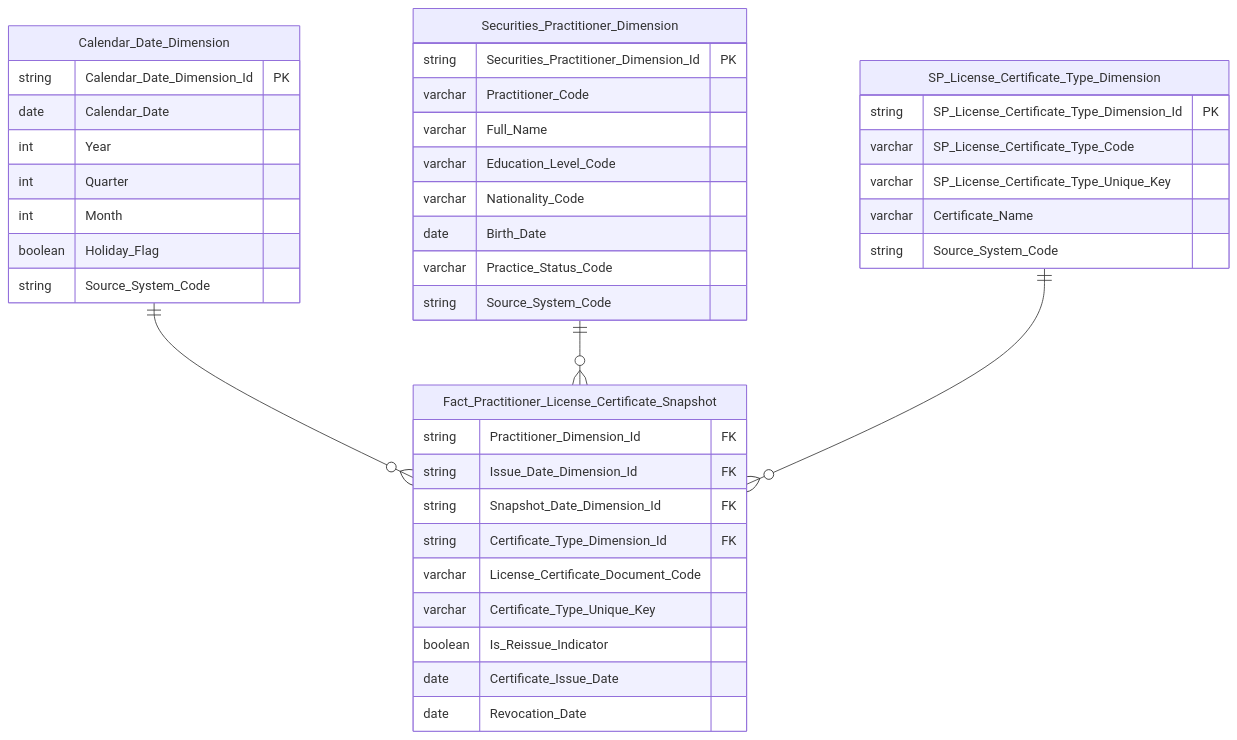
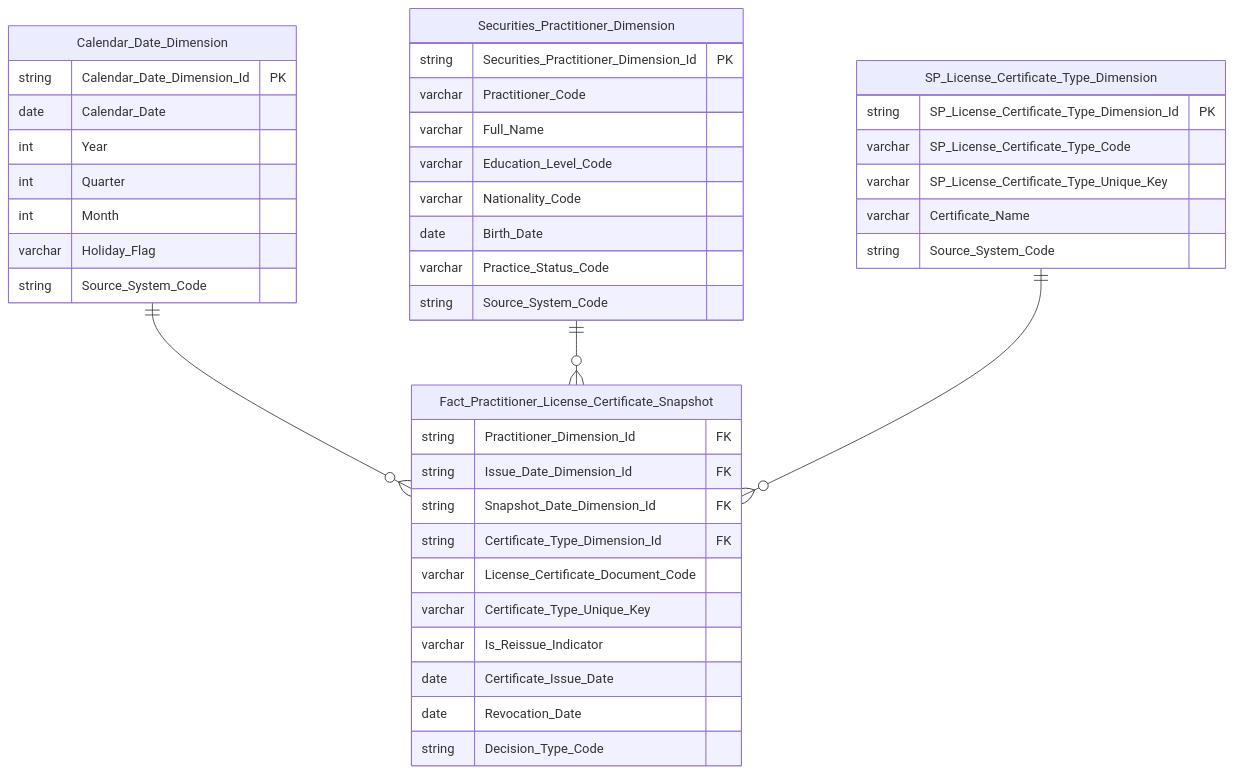
One commit to linhlvit/ubck_atomic_design changed diagram 12 of 40 in Datamart/hld/DTM_NHNCK_HLD.md. Above: the diagram before and after it, drawn with Mermaid. The commit also changed other lines of this file and 10 other files, not shown here.

````diff
--- a/Datamart/hld/DTM_NHNCK_HLD.md
+++ b/Datamart/hld/DTM_NHNCK_HLD.md
@@ -423,47 +423,48 @@
 ```mermaid
 erDiagram
     Calendar_Date_Dimension ||--o{ Fact_Practitioner_License_Certificate_Snapshot : " "
     Securities_Practitioner_Dimension ||--o{ Fact_Practitioner_License_Certificate_Snapshot : " "
     SP_License_Certificate_Type_Dimension ||--o{ Fact_Practitioner_License_Certificate_Snapshot : " "
 
     Fact_Practitioner_License_Certificate_Snapshot {
         string Practitioner_Dimension_Id FK
         string Issue_Date_Dimension_Id FK
         string Snapshot_Date_Dimension_Id FK
         string Certificate_Type_Dimension_Id FK
         varchar License_Certificate_Document_Code
         varchar Certificate_Type_Unique_Key
-        boolean Is_Reissue_Indicator
+        varchar Is_Reissue_Indicator
         date Certificate_Issue_Date
         date Revocation_Date
+        string Decision_Type_Code
     }
 
     Calendar_Date_Dimension {
         string Calendar_Date_Dimension_Id PK
         date Calendar_Date
         int Year
         int Quarter
         int Month
-        boolean Holiday_Flag
+        varchar Holiday_Flag
         string Source_System_Code
     }
 
     Securities_Practitioner_Dimension {
         string Securities_Practitioner_Dimension_Id PK
         varchar Practitioner_Code
         varchar Full_Name
         varchar Education_Level_Code
         varchar Nationality_Code
         date Birth_Date
         varchar Practice_Status_Code
         string Source_System_Code
     }
 
     SP_License_Certificate_Type_Dimension {
         string SP_License_Certificate_Type_Dimension_Id PK
         varchar SP_License_Certificate_Type_Code
         varchar SP_License_Certificate_Type_Unique_Key
         varchar Certificate_Name
         string Source_System_Code
     }
 ```
````
